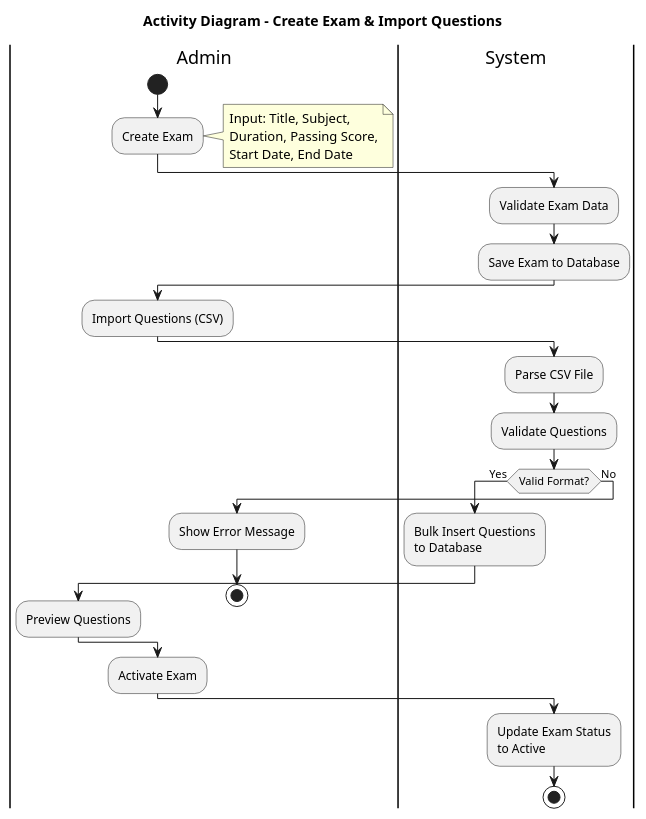
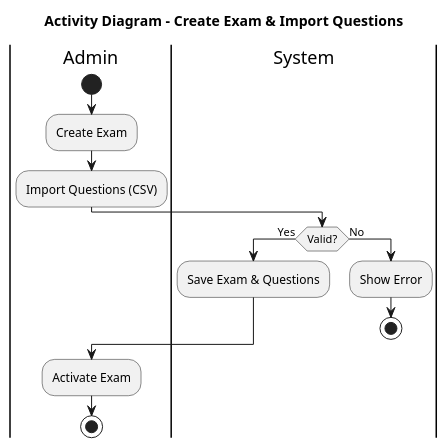
The first of 3 diagrams in docs/ActivityDiagram_CBT_PlantUML.puml (AogamiKiryuu/Ujikom-Satpol-PP-Kota-Bogor), drawn with PlantUML before and after one commit. The commit also changed other lines of this file and 7 other files, not shown here.

```diff
--- a/docs/ActivityDiagram_CBT_PlantUML.puml
+++ b/docs/ActivityDiagram_CBT_PlantUML.puml
@@ -1,43 +1,22 @@
 @startuml Activity_CreateExam
 title Activity Diagram - Create Exam & Import Questions
 
 |Admin|
 start
 :Create Exam;
-note right
-  Input: Title, Subject,
-  Duration, Passing Score,
-  Start Date, End Date
-end note
-
-|System|
-:Validate Exam Data;
-:Save Exam to Database;
-
-|Admin|
 :Import Questions (CSV);
 
 |System|
-:Parse CSV File;
-:Validate Questions;
-
-if (Valid Format?) then (Yes)
-  :Bulk Insert Questions
-  to Database;
-  |Admin|
-  :Preview Questions;
+if (Valid?) then (Yes)
+  :Save Exam & Questions;
 else (No)
-  :Show Error Message;
+  :Show Error;
   stop
 endif
 
 |Admin|
 :Activate Exam;
 
-|System|
-:Update Exam Status
-to Active;
-
 stop
 
 @enduml
```
